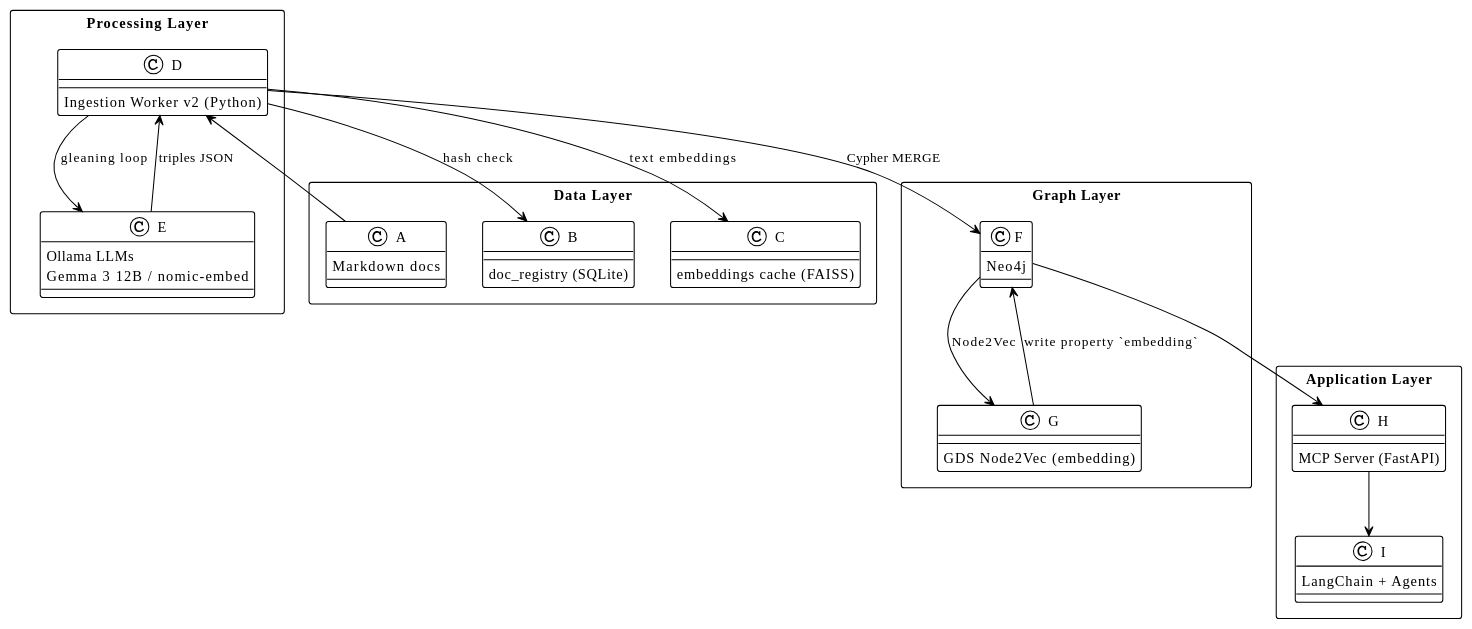
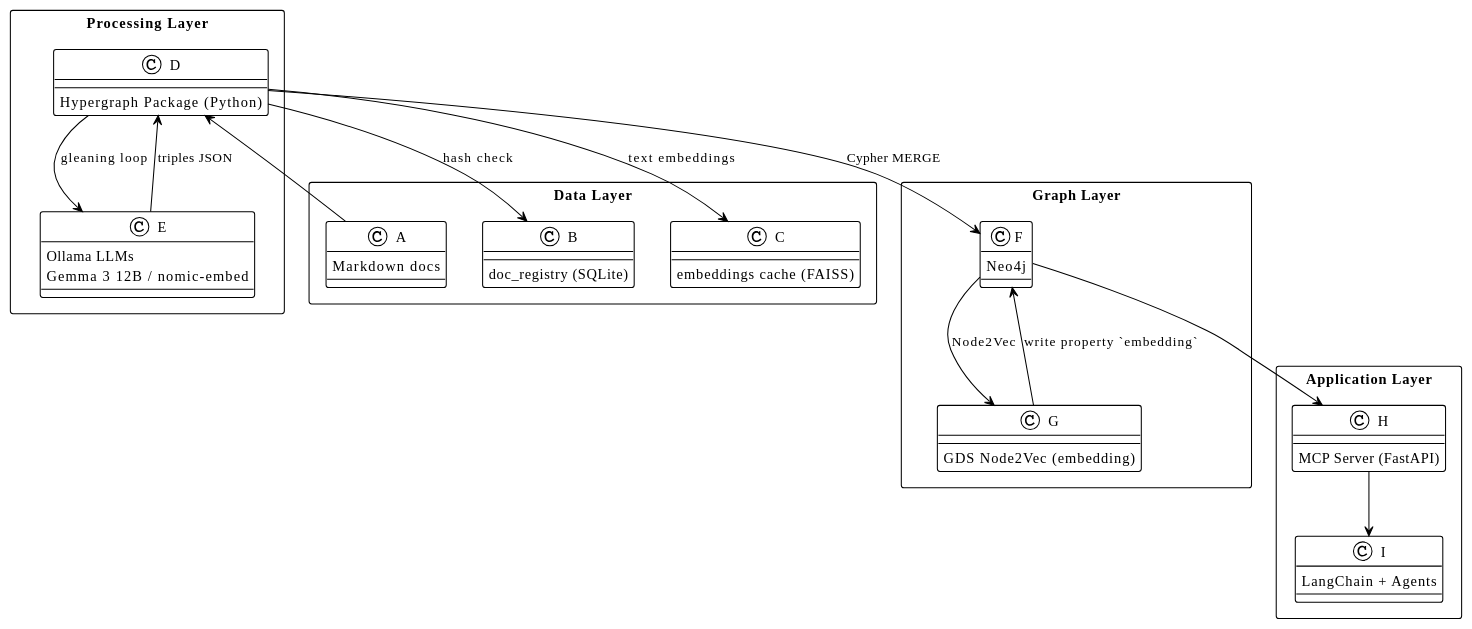
One commit to bprager/SkillSphere changed the first of 2 diagrams in architecture.md. Above: the diagram before and after it, drawn with PlantUML. The commit also changed other lines of this file and 23 other files, not shown here.

````diff
--- a/architecture.md
+++ b/architecture.md
@@ -15,38 +15,38 @@
 ```{ .plantuml height=50% plantuml-filename=LogicalView.png }
 @startuml
 !theme plain
 skinparam packageStyle rectangle
 
 package "Data Layer" {
   A : Markdown docs
   B : doc_registry (SQLite)
   C : embeddings cache (FAISS)
 }
 
 package "Processing Layer" {
-  D : Ingestion Worker v2 (Python)
+  D : Hypergraph Package (Python)
   E : Ollama LLMs\nGemma 3 12B / nomic-embed
 }
 
 package "Graph Layer" {
   F : Neo4j
   G : GDS Node2Vec (embedding)
 }
 
 package "Application Layer" {
   H : MCP Server (FastAPI)
   I : LangChain + Agents
 }
 
 A --> D
 D --> B : hash check
 D --> C : text embeddings
 D --> E : gleaning loop
 E --> D : triples JSON
 D --> F : Cypher MERGE
 F --> G : Node2Vec
 G --> F : write property `embedding`
 F --> H
 H --> I
 @enduml
 ```
````
